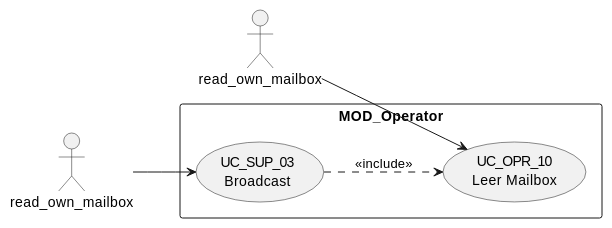
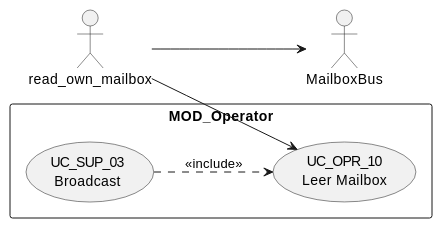
One commit to jcg-admin/IACT-docs changed the first of 4 diagrams in source/requisitos/casos-uso/operator/uc-opr-10/diagramas-uml.rst. Above: the diagram before and after it, drawn with PlantUML. The commit also changed other lines of this file and 79 other files, not shown here.

First line of the commit message:
Sweep cryptic aliases in UC diagramas-uml files

```diff
--- a/source/requisitos/casos-uso/operator/uc-opr-10/diagramas-uml.rst
+++ b/source/requisitos/casos-uso/operator/uc-opr-10/diagramas-uml.rst
@@ -10,14 +10,14 @@
 .. uml::
 
  @startuml
  left to right direction
- actor "read_own_mailbox" as A
- actor "read_own_mailbox" as S
+ actor "read_own_mailbox" as read_own_mailbox
+ actor "read_own_mailbox" as read_own_mailbox
  rectangle "MOD_Operator" {
    usecase "UC_OPR_10\nLeer Mailbox" as UC
    usecase "UC_SUP_03\nBroadcast" as B
  }
- S --> B
+ read_own_mailbox --> MailboxBus
  B ..> UC : <<include>>
- A --> UC
+ read_own_mailbox --> UC
  @enduml
```
